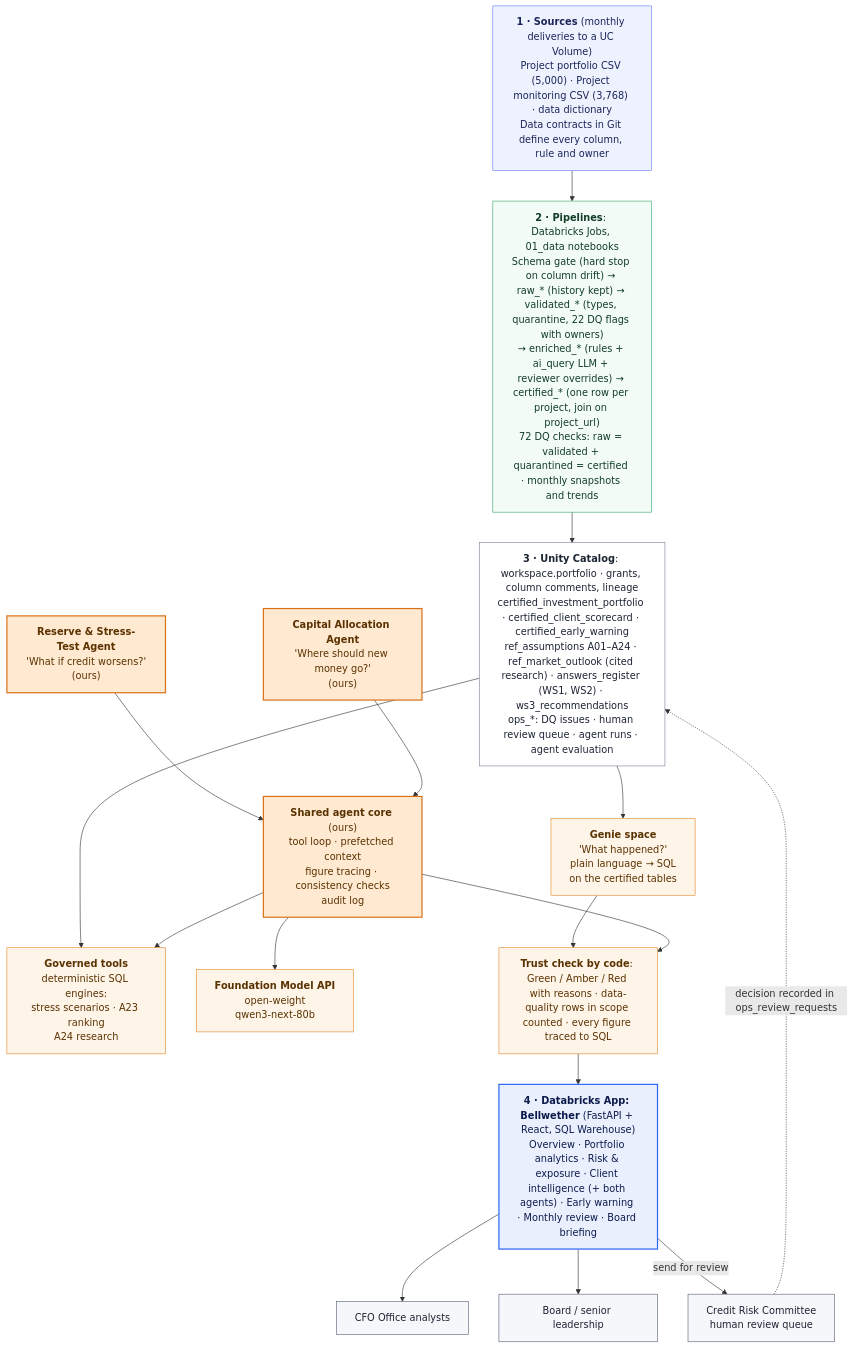
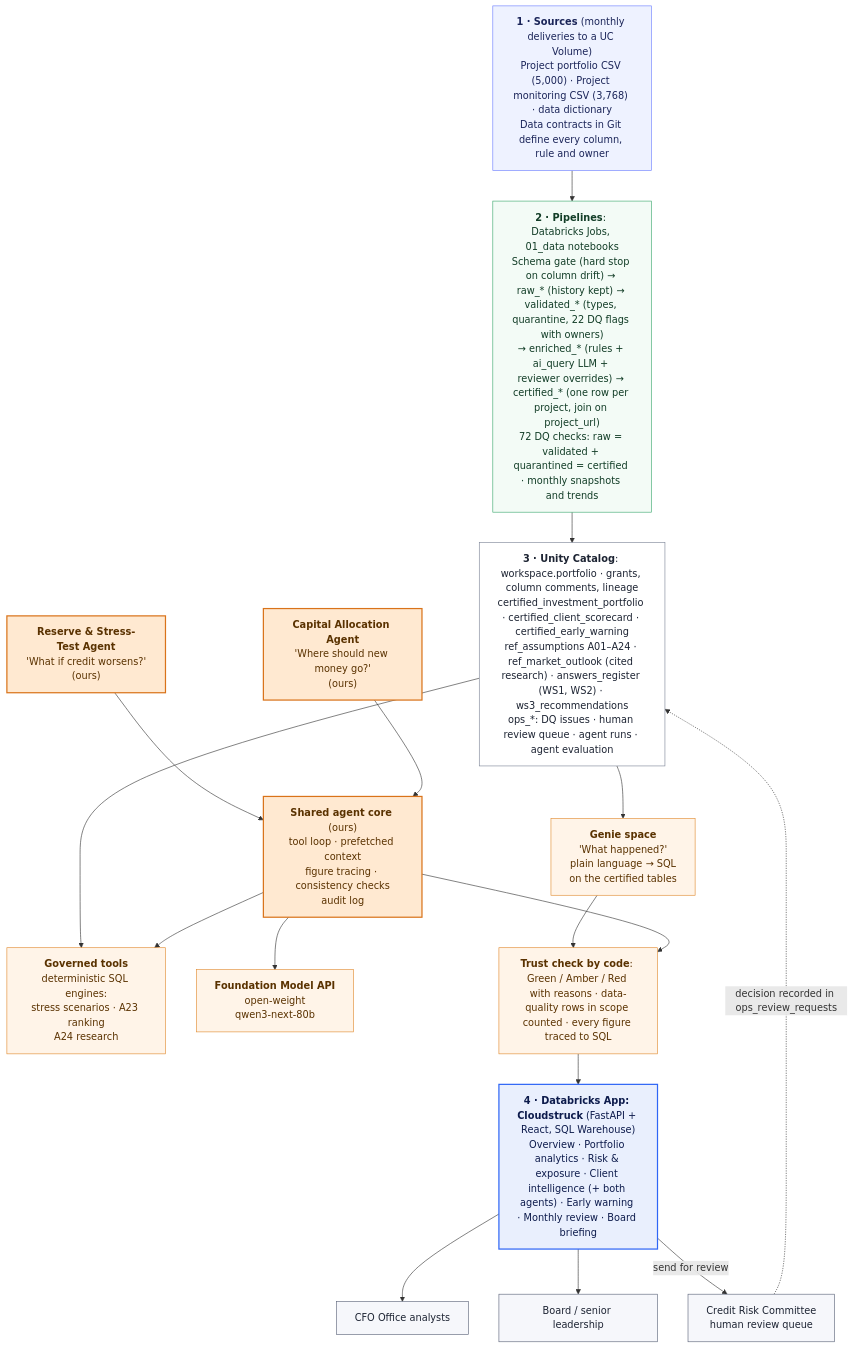
The diagram in assets/architecture_diagram_agentic_solution.mmd (AkashMukhopadhyay25/financial-model), drawn with Mermaid before and after one commit. The commit also changed 21 other files, not shown here.

First line of the commit message:
Rebrand Bellwether -> Cloudstruck: name everywhere (app, docs, diagram, bundle, config), new logo (cloud + lightning on the blue tile, favicon too); jobs and MLflow experiment renamed in place (same ids, permissions kept)

```diff
--- a/assets/architecture_diagram_agentic_solution.mmd
+++ b/assets/architecture_diagram_agentic_solution.mmd
@@ -1,46 +1,46 @@
-%% IFC CFO Office: Bellwether portfolio intelligence on Databricks (end-to-end architecture)
+%% IFC CFO Office: Cloudstruck portfolio intelligence on Databricks (end-to-end architecture)
 %% Read top to bottom: sources -> pipelines -> governed data -> agentic layer -> trust check -> app -> people.
 flowchart TB
   classDef src fill:#eef2ff,stroke:#6b7cff,color:#1b2559
   classDef pipe fill:#f3fbf6,stroke:#3aa76d,color:#123d27
   classDef data fill:#ffffff,stroke:#7b8396,color:#1d2433
   classDef ai fill:#fff4e8,stroke:#e08a2e,color:#5a3200
   classDef ours fill:#ffe9d1,stroke:#d9731a,color:#5a3200,stroke-width:2px
   classDef app fill:#e9effd,stroke:#2f66f6,color:#0d1b4c,stroke-width:2px
   classDef people fill:#f6f7fb,stroke:#5b6378,color:#1d2433
 
   SRC["<b>1 · Sources</b> (monthly deliveries to a UC Volume)<br/>Project portfolio CSV (5,000) · Project monitoring CSV (3,768) · data dictionary<br/>Data contracts in Git define every column, rule and owner"]:::src
 
   PIPE["<b>2 · Pipelines</b>: Databricks Jobs, 01_data notebooks<br/>Schema gate (hard stop on column drift) → raw_* (history kept) → validated_* (types, quarantine, 22 DQ flags with owners)<br/>→ enriched_* (rules + ai_query LLM + reviewer overrides) → certified_* (one row per project, join on project_url)<br/>72 DQ checks: raw = validated + quarantined = certified · monthly snapshots and trends"]:::pipe
 
   UC["<b>3 · Unity Catalog</b>: workspace.portfolio · grants, column comments, lineage<br/>certified_investment_portfolio · certified_client_scorecard · certified_early_warning<br/>ref_assumptions A01–A24 · ref_market_outlook (cited research) · answers_register (WS1, WS2) · ws3_recommendations<br/>ops_*: DQ issues · human review queue · agent runs · agent evaluation"]:::data
 
   GEN["<b>Genie space</b><br/>'What happened?'<br/>plain language → SQL<br/>on the certified tables"]:::ai
   ST["<b>Reserve & Stress-Test Agent</b><br/>'What if credit worsens?'<br/>(ours)"]:::ours
   CA["<b>Capital Allocation Agent</b><br/>'Where should new money go?'<br/>(ours)"]:::ours
   CORE["<b>Shared agent core</b> (ours)<br/>tool loop · prefetched context<br/>figure tracing · consistency checks<br/>audit log"]:::ours
   TOOLS["<b>Governed tools</b><br/>deterministic SQL engines:<br/>stress scenarios · A23 ranking<br/>A24 research"]:::ai
   FM["<b>Foundation Model API</b><br/>open-weight<br/>qwen3-next-80b"]:::ai
 
   TRUST["<b>Trust check by code</b>: Green / Amber / Red with reasons · data-quality rows in scope counted · every figure traced to SQL"]:::ai
 
-  APP["<b>4 · Databricks App: Bellwether</b> (FastAPI + React, SQL Warehouse)<br/>Overview · Portfolio analytics · Risk & exposure · Client intelligence (+ both agents) · Early warning · Monthly review · Board briefing"]:::app
+  APP["<b>4 · Databricks App: Cloudstruck</b> (FastAPI + React, SQL Warehouse)<br/>Overview · Portfolio analytics · Risk & exposure · Client intelligence (+ both agents) · Early warning · Monthly review · Board briefing"]:::app
 
   CFO["CFO Office analysts"]:::people
   BRD["Board / senior leadership"]:::people
   CRC["Credit Risk Committee<br/>human review queue"]:::people
 
   SRC --> PIPE --> UC
   UC --> GEN
   UC --> TOOLS
   ST --> CORE
   CA --> CORE
   CORE --> TOOLS
   CORE --> FM
   GEN --> TRUST
   CORE --> TRUST
   TRUST --> APP
   APP --> CFO
   APP --> BRD
   APP -- "send for review" --> CRC
   CRC -. "decision recorded in ops_review_requests" .-> UC
```
